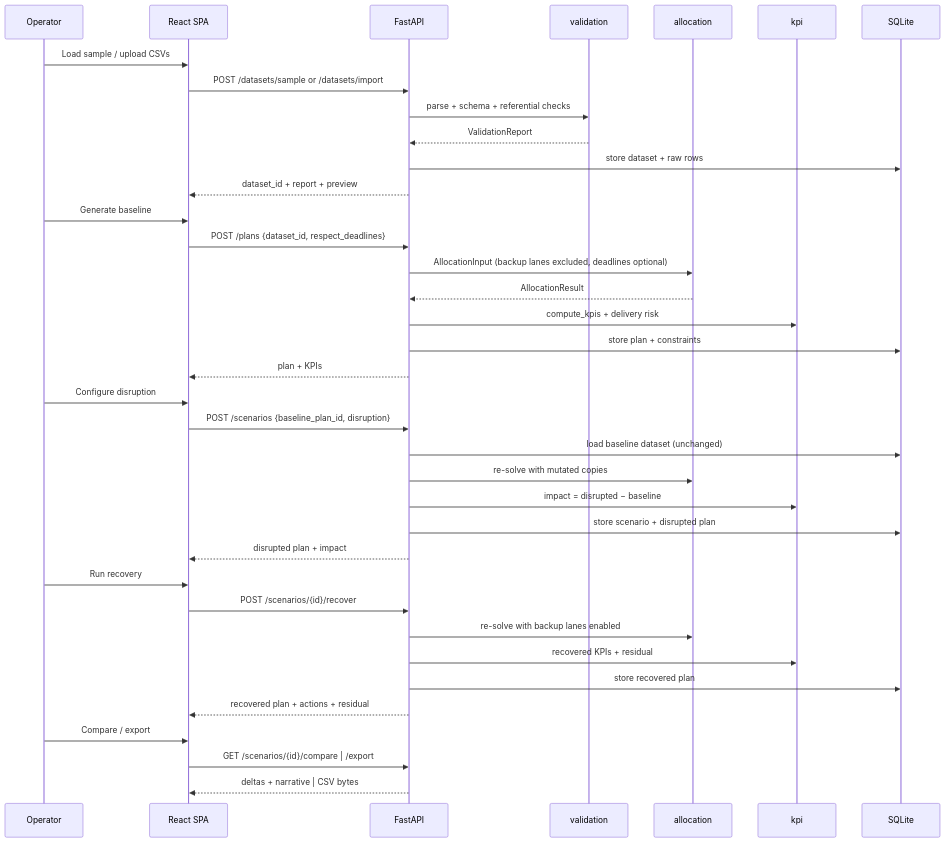
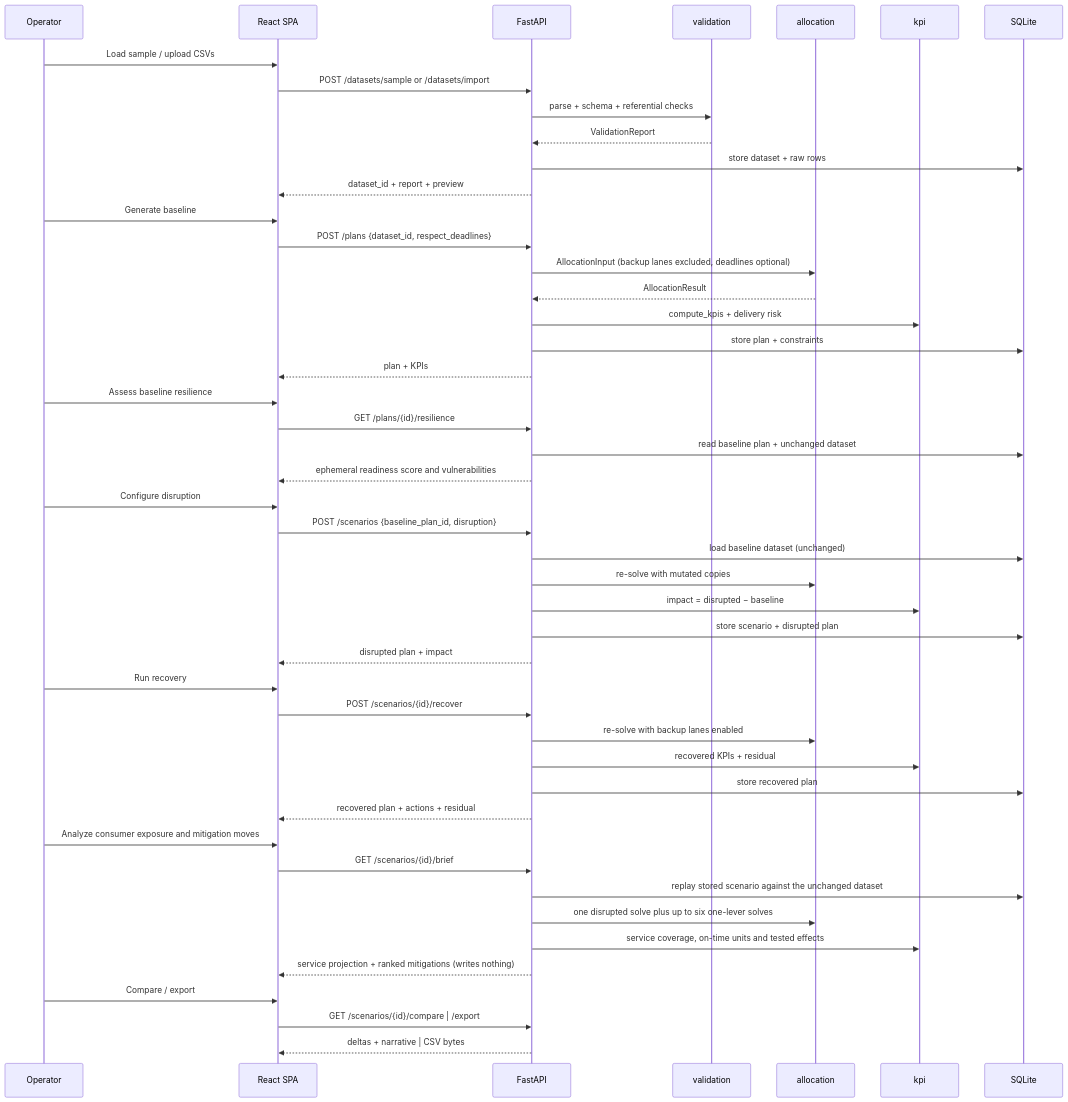
The second of 2 diagrams in docs/architecture.md (shreerajg/PRE-MORTEM-DISPATCH), drawn with Mermaid before and after one commit. The commit also changed other lines of this file and 20 other files, not shown here.

````diff
--- a/docs/architecture.md
+++ b/docs/architecture.md
@@ -64,44 +66,56 @@
 ```mermaid
 sequenceDiagram
   participant U as Operator
   participant FE as React SPA
   participant API as FastAPI
   participant VAL as validation
   participant ALLOC as allocation
   participant KPI as kpi
   participant DB as SQLite
 
   U->>FE: Load sample / upload CSVs
   FE->>API: POST /datasets/sample or /datasets/import
   API->>VAL: parse + schema + referential checks
   VAL-->>API: ValidationReport
   API->>DB: store dataset + raw rows
   API-->>FE: dataset_id + report + preview
 
   U->>FE: Generate baseline
   FE->>API: POST /plans {dataset_id, respect_deadlines}
   API->>ALLOC: AllocationInput (backup lanes excluded, deadlines optional)
   ALLOC-->>API: AllocationResult
   API->>KPI: compute_kpis + delivery risk
   API->>DB: store plan + constraints
   API-->>FE: plan + KPIs
 
+  U->>FE: Assess baseline resilience
+  FE->>API: GET /plans/{id}/resilience
+  API->>DB: read baseline plan + unchanged dataset
+  API-->>FE: ephemeral readiness score and vulnerabilities
+
   U->>FE: Configure disruption
   FE->>API: POST /scenarios {baseline_plan_id, disruption}
   API->>DB: load baseline dataset (unchanged)
   API->>ALLOC: re-solve with mutated copies
   API->>KPI: impact = disrupted − baseline
   API->>DB: store scenario + disrupted plan
   API-->>FE: disrupted plan + impact
 
   U->>FE: Run recovery
   FE->>API: POST /scenarios/{id}/recover
   API->>ALLOC: re-solve with backup lanes enabled
   API->>KPI: recovered KPIs + residual
   API->>DB: store recovered plan
   API-->>FE: recovered plan + actions + residual
 
+  U->>FE: Analyze consumer exposure and mitigation moves
+  FE->>API: GET /scenarios/{id}/brief
+  API->>DB: replay stored scenario against the unchanged dataset
+  API->>ALLOC: one disrupted solve plus up to six one-lever solves
+  API->>KPI: service coverage, on-time units and tested effects
+  API-->>FE: service projection + ranked mitigations (writes nothing)
+
   U->>FE: Compare / export
   FE->>API: GET /scenarios/{id}/compare | /export
   API-->>FE: deltas + narrative | CSV bytes
 ```
````
